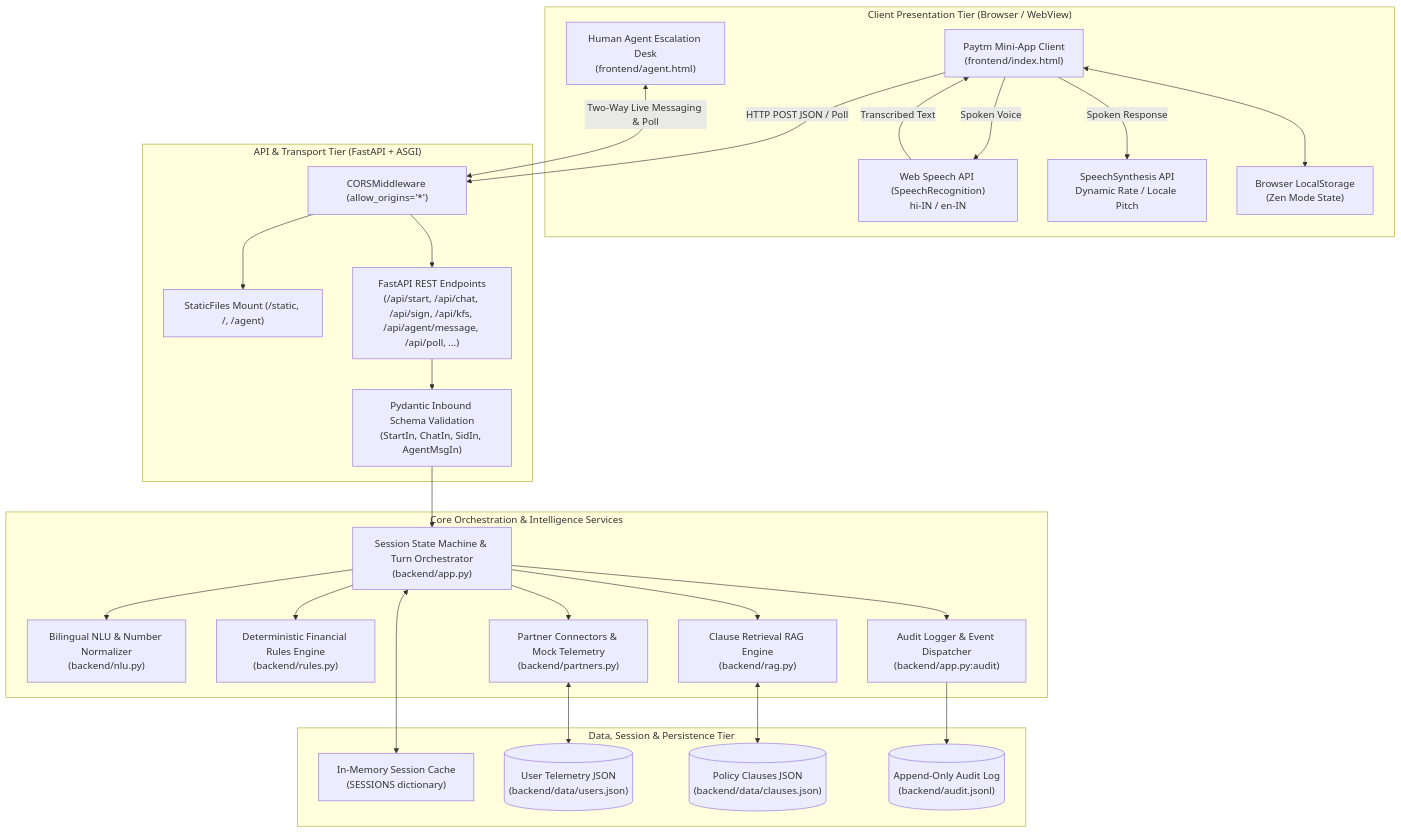
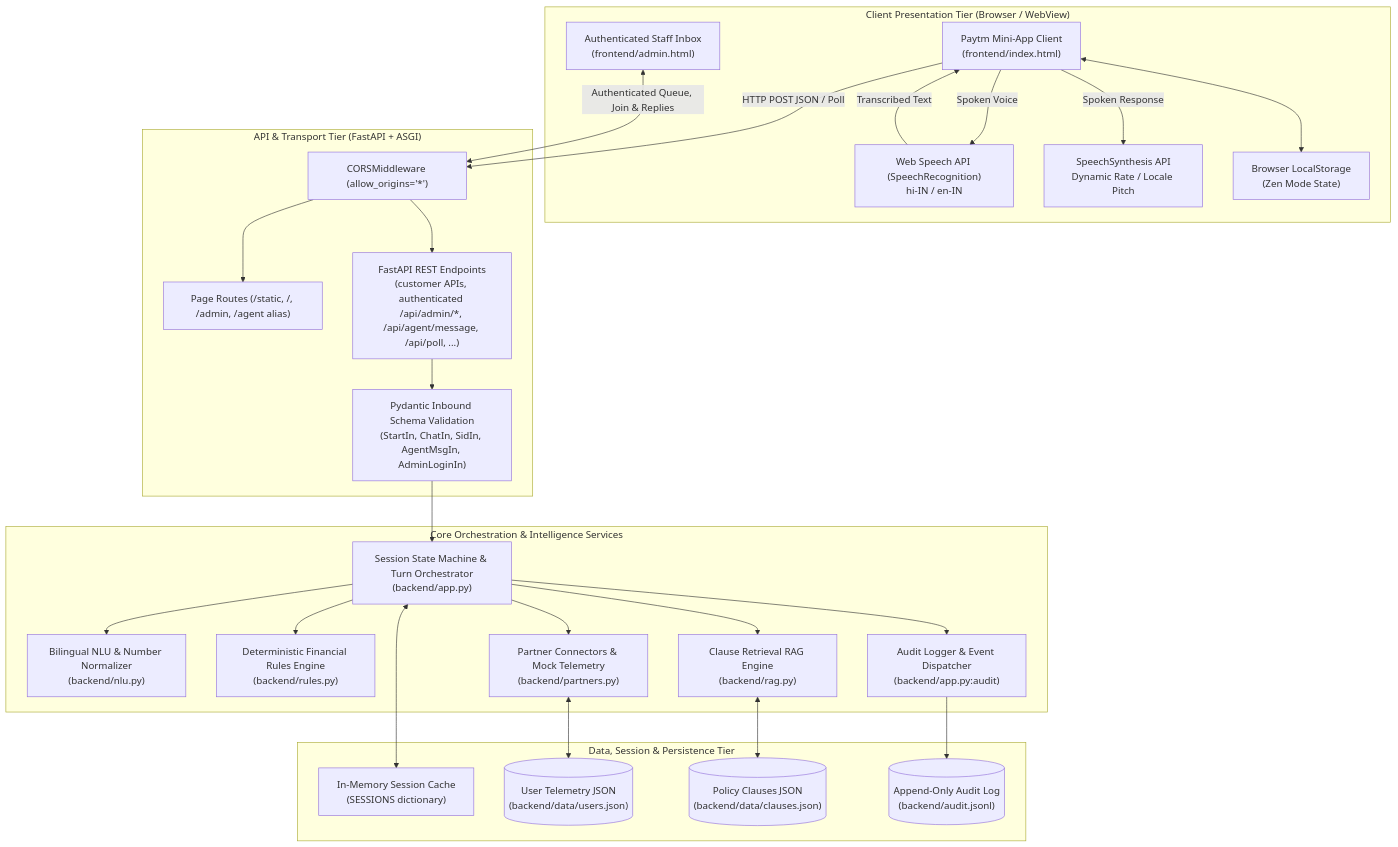
Before and after one commit to e-smo1507/AI-powered-paytm-system: the first of 4 diagrams in docs/SYSTEM_ARCHITECTURE.md, drawn with Mermaid. The commit also changed other lines of this file and 11 other files, not shown here.

````diff
--- a/docs/SYSTEM_ARCHITECTURE.md
+++ b/docs/SYSTEM_ARCHITECTURE.md
@@ -18,56 +18,56 @@
 ```mermaid
 graph TB
     subgraph ClientLayer ["Client Presentation Tier (Browser / WebView)"]
         UI["Paytm Mini-App Client<br/>(frontend/index.html)"]
-        Desk["Human Agent Escalation Desk<br/>(frontend/agent.html)"]
+        Desk["Authenticated Staff Inbox<br/>(frontend/admin.html)"]
         MicAPI["Web Speech API (SpeechRecognition)<br/>hi-IN / en-IN"]
         TTSAPI["SpeechSynthesis API<br/>Dynamic Rate / Locale Pitch"]
         Storage["Browser LocalStorage<br/>(Zen Mode State)"]
     end
 
     subgraph GatewayLayer ["API & Transport Tier (FastAPI + ASGI)"]
         CORS["CORSMiddleware (allow_origins='*')"]
-        StaticRoute["StaticFiles Mount (/static, /, /agent)"]
-        APIRouter["FastAPI REST Endpoints<br/>(/api/start, /api/chat, /api/sign, /api/kfs, /api/agent/message, /api/poll, ...)"]
-        PydanticModels["Pydantic Inbound Schema Validation<br/>(StartIn, ChatIn, SidIn, AgentMsgIn)"]
+        StaticRoute["Page Routes (/static, /, /admin, /agent alias)"]
+        APIRouter["FastAPI REST Endpoints<br/>(customer APIs, authenticated /api/admin/*, /api/agent/message, /api/poll, ...)"]
+        PydanticModels["Pydantic Inbound Schema Validation<br/>(StartIn, ChatIn, SidIn, AgentMsgIn, AdminLoginIn)"]
     end
 
     subgraph ServiceLayer ["Core Orchestration & Intelligence Services"]
         Orchestrator["Session State Machine & Turn Orchestrator<br/>(backend/app.py)"]
         NLU["Bilingual NLU & Number Normalizer<br/>(backend/nlu.py)"]
         Rules["Deterministic Financial Rules Engine<br/>(backend/rules.py)"]
         RAG["Clause Retrieval RAG Engine<br/>(backend/rag.py)"]
         Partners["Partner Connectors & Mock Telemetry<br/>(backend/partners.py)"]
         Audit["Audit Logger & Event Dispatcher<br/>(backend/app.py:audit)"]
     end
 
     subgraph StateLayer ["Data, Session & Persistence Tier"]
         MemorySessions["In-Memory Session Cache<br/>(SESSIONS dictionary)"]
         UserStore[("User Telemetry JSON<br/>(backend/data/users.json)")]
         ClauseStore[("Policy Clauses JSON<br/>(backend/data/clauses.json)")]
         AuditLog[("Append-Only Audit Log<br/>(backend/audit.jsonl)")]
     end
 
     %% Interactions
     UI -->|Spoken Voice| MicAPI
     MicAPI -->|Transcribed Text| UI
     UI -->|Spoken Response| TTSAPI
     UI <--> Storage
     UI -->|HTTP POST JSON / Poll| CORS
-    Desk <-->|Two-Way Live Messaging & Poll| CORS
+    Desk <-->|Authenticated Queue, Join & Replies| CORS
     CORS --> StaticRoute
     CORS --> APIRouter
     APIRouter --> PydanticModels
     PydanticModels --> Orchestrator
 
     Orchestrator <--> MemorySessions
     Orchestrator --> NLU
     Orchestrator --> Rules
     Orchestrator --> RAG
     Orchestrator --> Partners
     Orchestrator --> Audit
 
     Partners <--> UserStore
     RAG <--> ClauseStore
     Audit --> AuditLog
 ```
````
